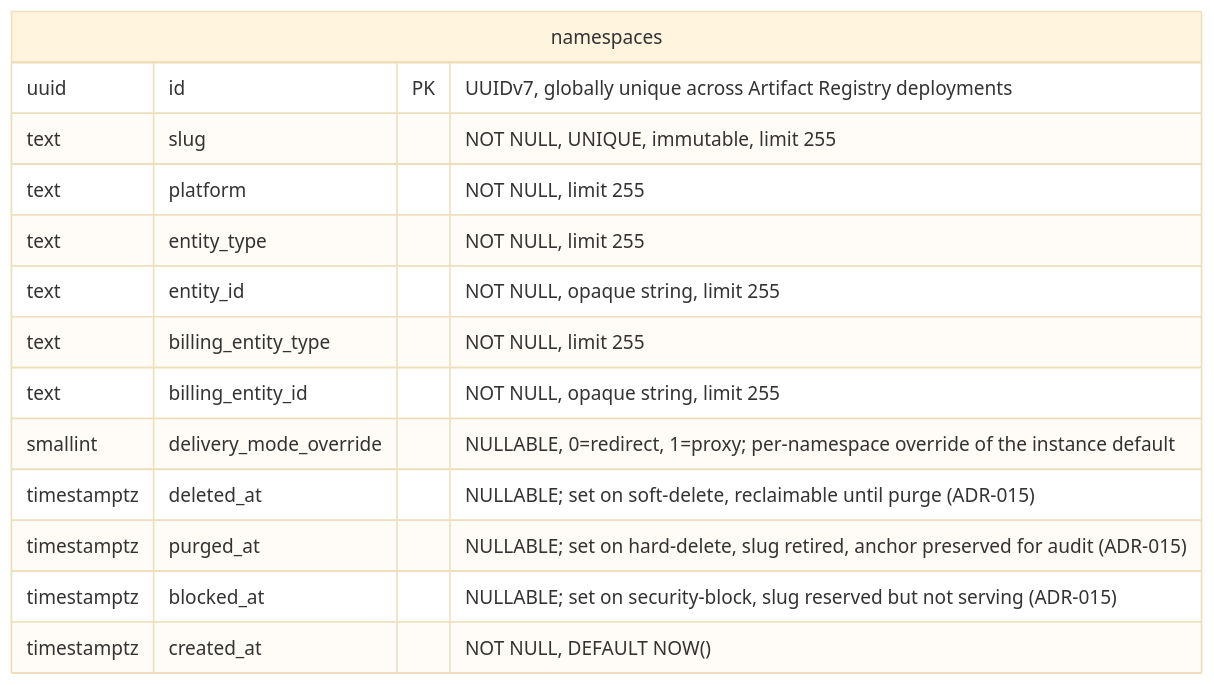
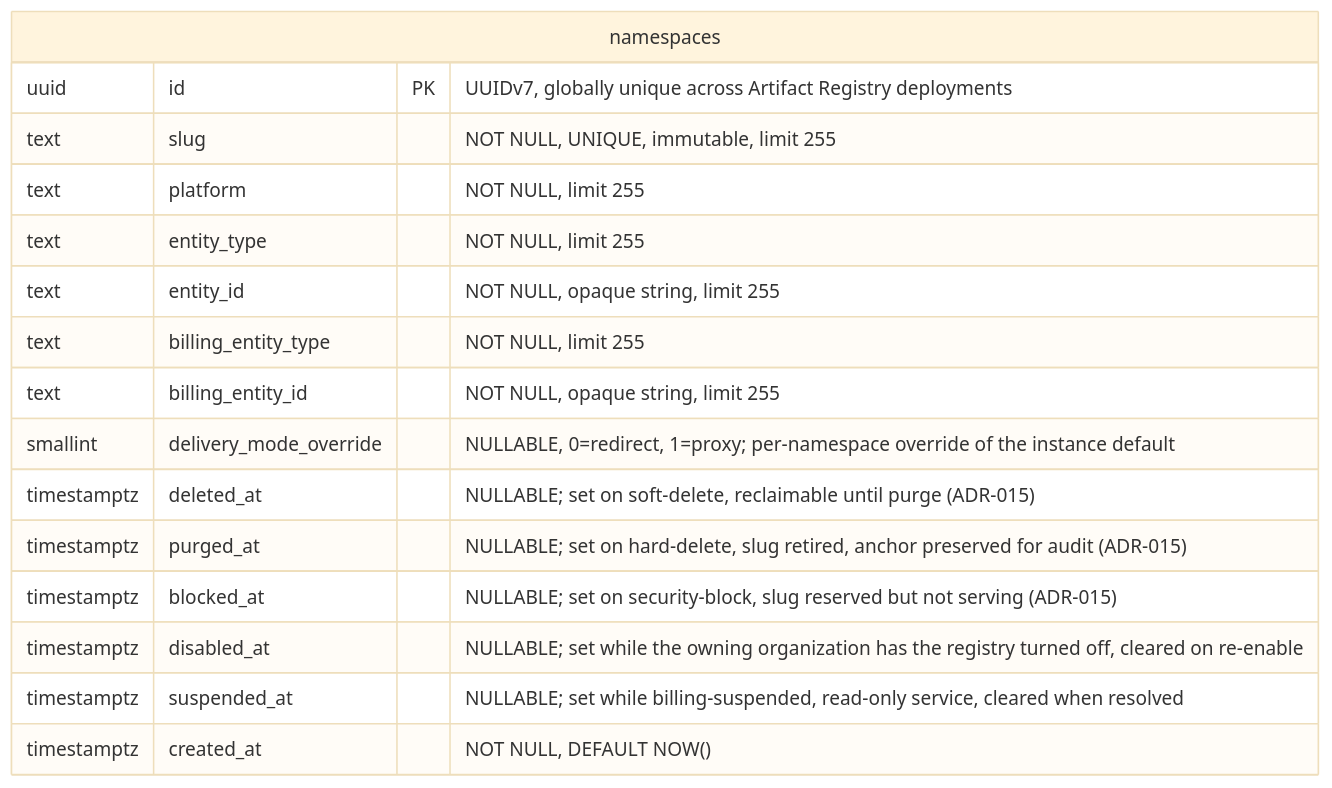
One commit to kyama0/gitlab-handbook-ja changed the first of 19 diagrams in content/handbook/engineering/architecture/design-documents/artifact_registry/decisions/007_database_schema.md. Above: the diagram before and after it, drawn with Mermaid (base theme). The commit also changed other lines of this file and 75 other files, not shown here.

````diff
--- a/content/handbook/engineering/architecture/design-documents/artifact_registry/decisions/007_database_schema.md
+++ b/content/handbook/engineering/architecture/design-documents/artifact_registry/decisions/007_database_schema.md
@@ -51,17 +51,19 @@
 ```mermaid
 erDiagram
     namespaces {
         uuid id PK "UUIDv7, globally unique across Artifact Registry deployments"
         text slug "NOT NULL, UNIQUE, immutable, limit 255"
         text platform "NOT NULL, limit 255"
         text entity_type "NOT NULL, limit 255"
         text entity_id "NOT NULL, opaque string, limit 255"
         text billing_entity_type "NOT NULL, limit 255"
         text billing_entity_id "NOT NULL, opaque string, limit 255"
         smallint delivery_mode_override "NULLABLE, 0=redirect, 1=proxy; per-namespace override of the instance default"
         timestamptz deleted_at "NULLABLE; set on soft-delete, reclaimable until purge (ADR-015)"
         timestamptz purged_at "NULLABLE; set on hard-delete, slug retired, anchor preserved for audit (ADR-015)"
         timestamptz blocked_at "NULLABLE; set on security-block, slug reserved but not serving (ADR-015)"
+        timestamptz disabled_at "NULLABLE; set while the owning organization has the registry turned off, cleared on re-enable"
+        timestamptz suspended_at "NULLABLE; set while billing-suspended, read-only service, cleared when resolved"
         timestamptz created_at "NOT NULL, DEFAULT NOW()"
     }
 ```
````
